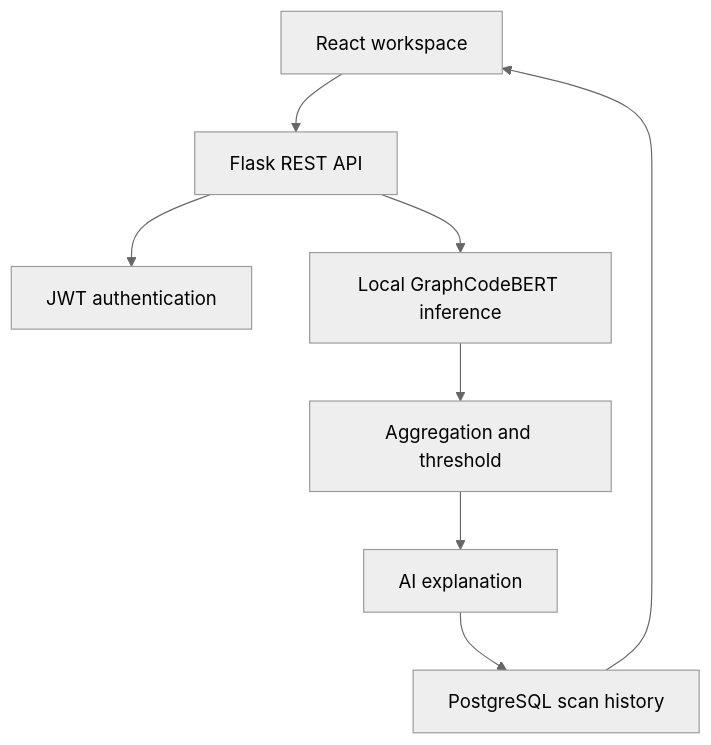
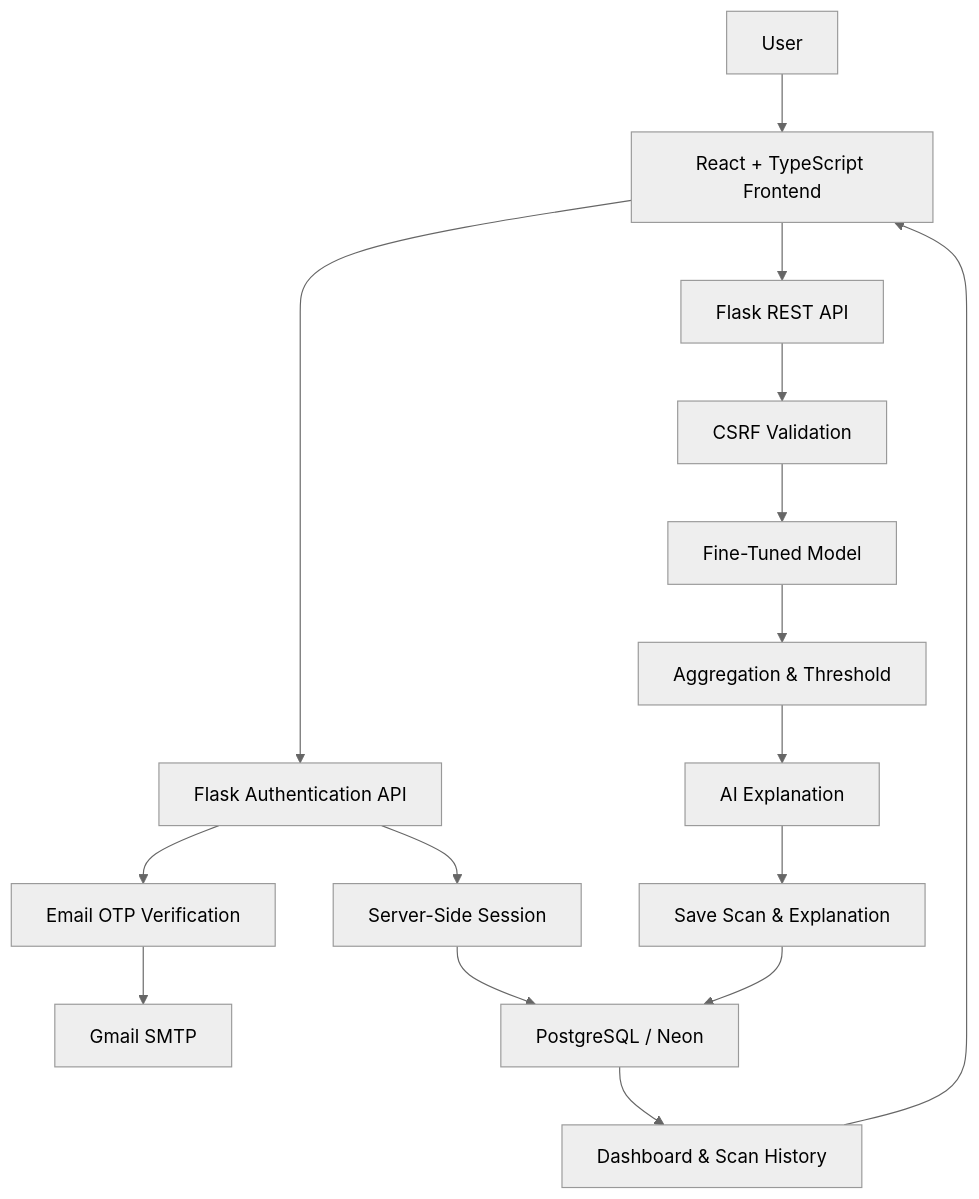
The diagram in README.md (AliSajid55/VulneraAI), drawn with Mermaid (neutral theme) before and after one commit. The commit also changed other lines of this file, not shown here.

````diff
--- a/README.md
+++ b/README.md
@@ -100,10 +125,23 @@
 ```mermaid
 flowchart TD
-    UI["React workspace"] --> API["Flask REST API"]
-    API --> Auth["JWT authentication"]
-    API --> Model["Local GraphCodeBERT inference"]
-    Model --> Rule["Aggregation and threshold"]
-    Rule --> LLM["AI explanation"]
-    LLM --> DB["PostgreSQL scan history"]
-    DB --> UI
+    User["User"] --> UI["React + TypeScript Frontend"]
+
+    UI --> Auth["Flask Authentication API"]
+    Auth --> OTP["Email OTP Verification"]
+    OTP --> SMTP["Gmail SMTP"]
+
+    Auth --> Session["Server-Side Session"]
+    Session --> DB["PostgreSQL / Neon"]
+
+    UI --> API["Flask REST API"]
+    API --> CSRF["CSRF Validation"]
+    CSRF --> Model["Fine-Tuned Model"]
+    Model --> Rule["Aggregation & Threshold"]
+    Rule --> LLM["AI Explanation"]
+
+    LLM --> Save["Save Scan & Explanation"]
+    Save --> DB
+
+    DB --> Dashboard["Dashboard & Scan History"]
+    Dashboard --> UI
 ```
````
